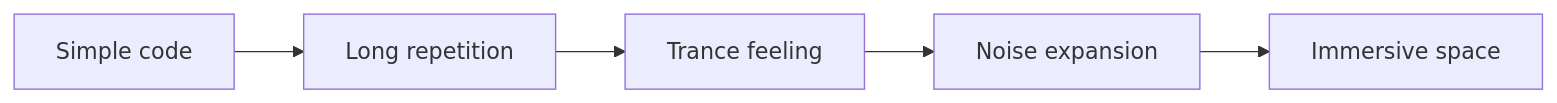
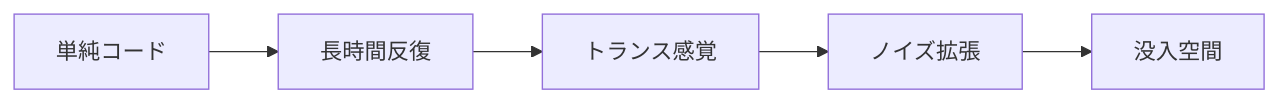
One commit to monumental-movement/monumental-movement.github.io changed the second of 8 diagrams in en/_posts/2026-05-09-column-spacemen-3.md. Above: the diagram before and after it, drawn with Mermaid. The commit also changed other lines of this file and 2196 other files, not shown here.

```diff
--- a/en/_posts/2026-05-09-column-spacemen-3.md
+++ b/en/_posts/2026-05-09-column-spacemen-3.md
@@ -230,7 +230,7 @@
 <div class="mermaid">
 flowchart LR
-A["Simple code"] --> B["Long repetition"]
-B --> C["Trance feeling"]
-C --> D["Noise expansion"]
-D --> E["Immersive space"]
+A["単純コード"] --> B["長時間反復"]
+B --> C["トランス感覚"]
+C --> D["ノイズ拡張"]
+D --> E["没入空間"]
 </div>
```
